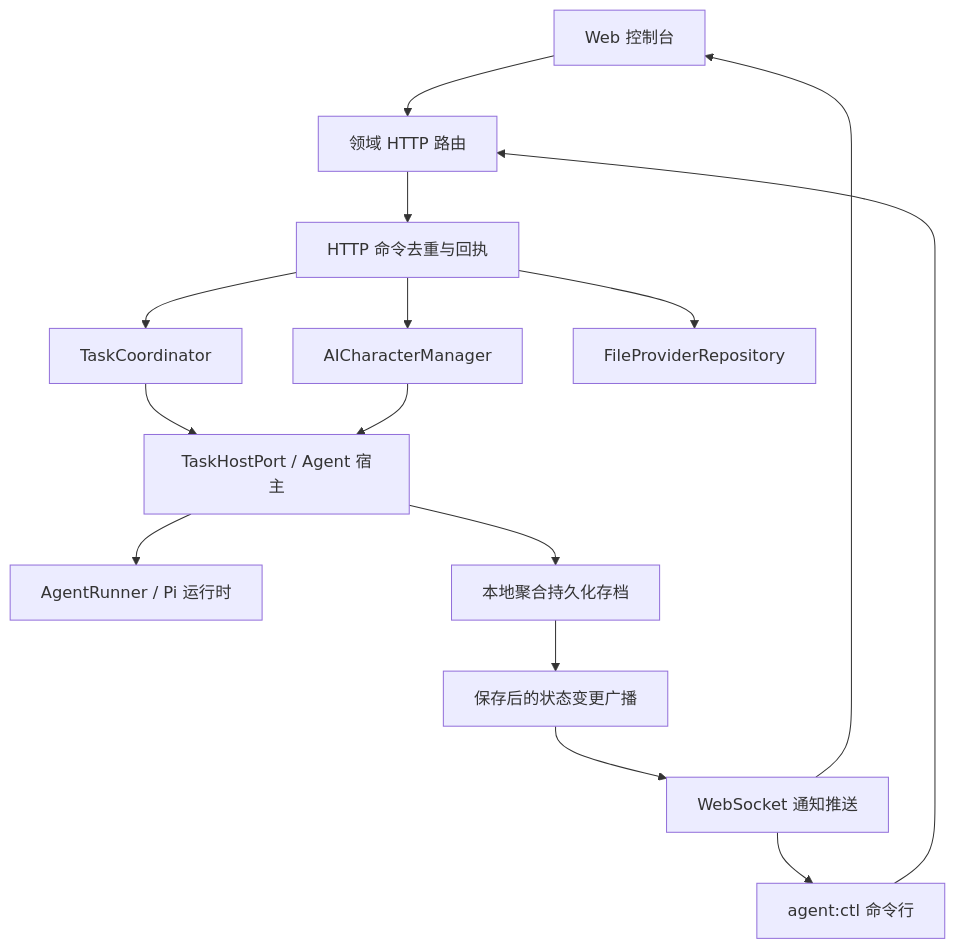
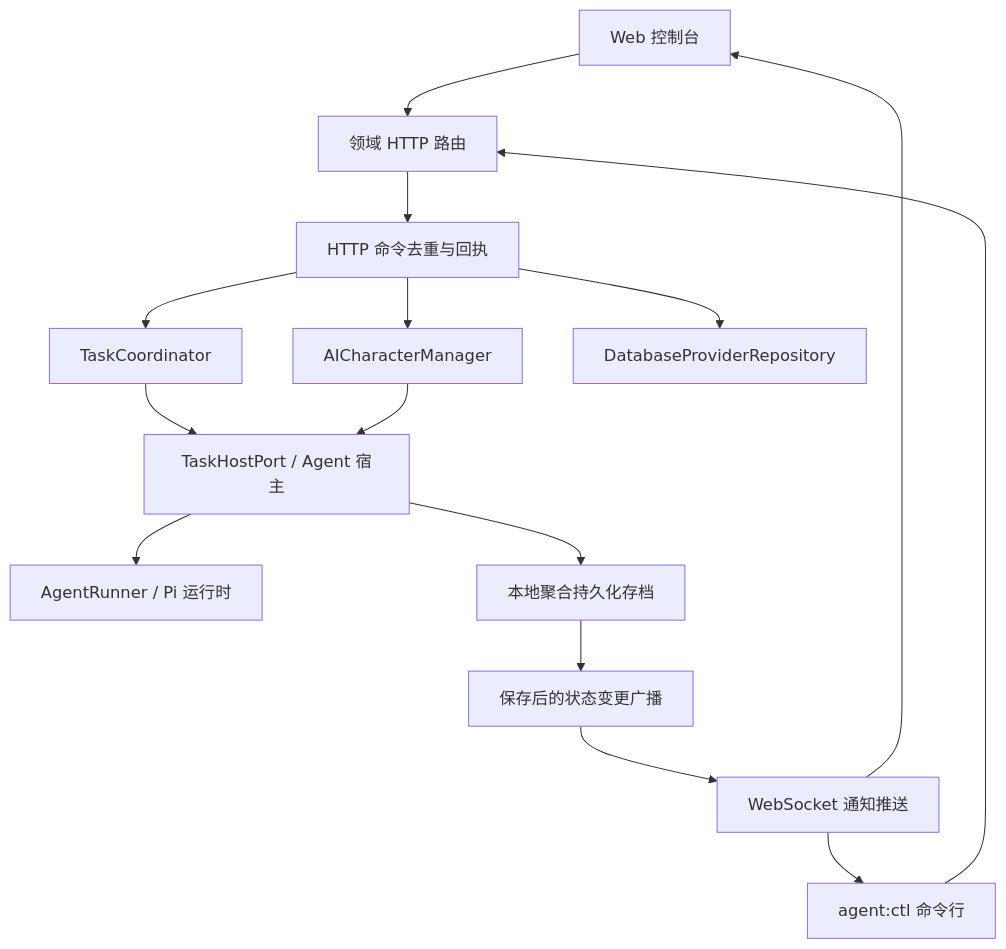
Before and after one commit to lulabs-org/embocraft: the diagram in docs/agent/gateway.md, drawn with Mermaid. The commit also changed 74 other files, not shown here.

````diff
--- a/docs/agent/gateway.md
+++ b/docs/agent/gateway.md
@@ -5,17 +5,17 @@
 ```mermaid
 flowchart TD
   Web[Web 控制台] --> HTTP[领域 HTTP 路由]
   CLI[agent:ctl 命令行] --> HTTP
   HTTP --> Commands[HTTP 命令去重与回执]
   Commands --> Characters[AICharacterManager]
   Commands --> Tasks[TaskCoordinator]
-  Commands --> Providers[FileProviderRepository]
+  Commands --> Providers[DatabaseProviderRepository]
   Tasks --> Host[TaskHostPort / Agent 宿主]
   Characters --> Host
   Host --> Runtime[AgentRunner / Pi 运行时]
   Host --> Archive[本地聚合持久化存档]
   Archive --> Events[保存后的状态变更广播]
   Events --> WS[WebSocket 通知推送]
   WS --> Web
   WS --> CLI
 ```
````
